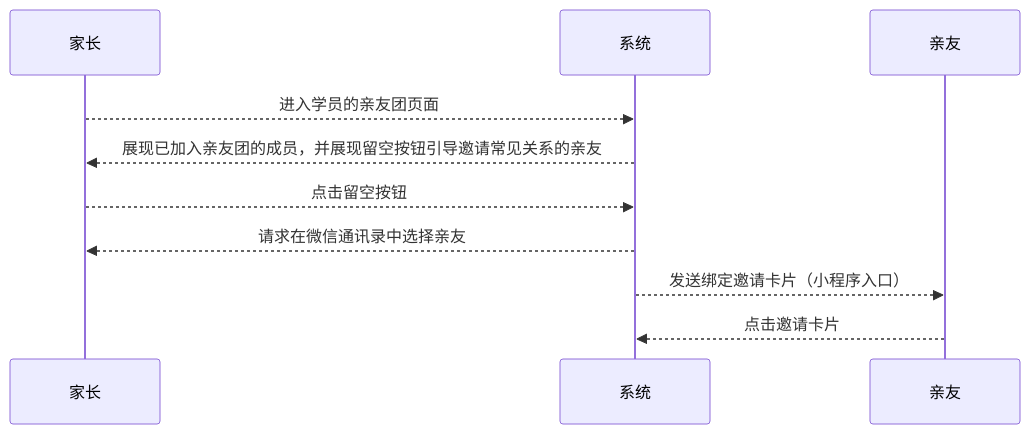
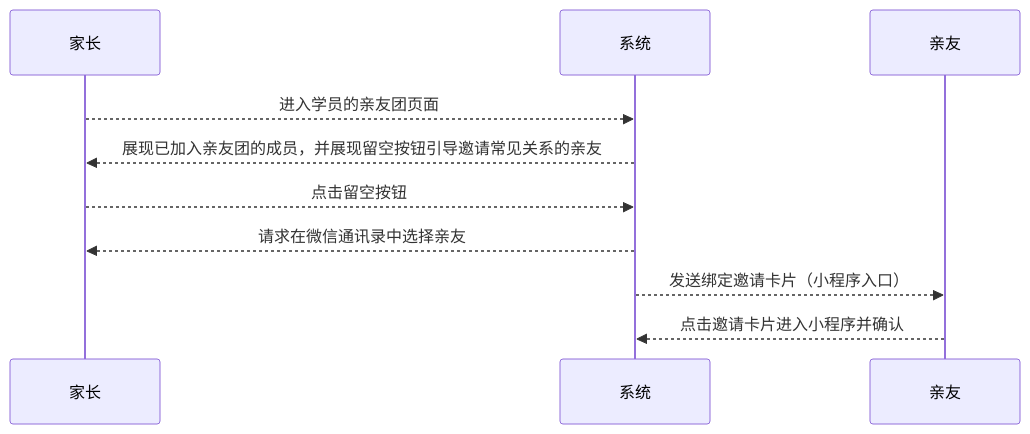
The first of 2 diagrams in 用例/家长-学员关系绑定.md (world-wide-web/sign), drawn with Mermaid before and after one commit. The commit also changed other lines of this file, not shown here.

````diff
--- a/用例/家长-学员关系绑定.md
+++ b/用例/家长-学员关系绑定.md
@@ -10,16 +10,16 @@
 ```mermaid
 sequenceDiagram
 
 家长-->>系统: 进入学员的亲友团页面
 
 系统-->>家长: 展现已加入亲友团的成员，并展现留空按钮引导邀请常见关系的亲友
 
 家长-->>系统: 点击留空按钮
 
 系统-->>家长: 请求在微信通讯录中选择亲友
 
 系统-->>亲友: 发送绑定邀请卡片（小程序入口）
 
-亲友-->>系统: 点击邀请卡片
+亲友-->>系统: 点击邀请卡片进入小程序并确认
 
 ```
````
